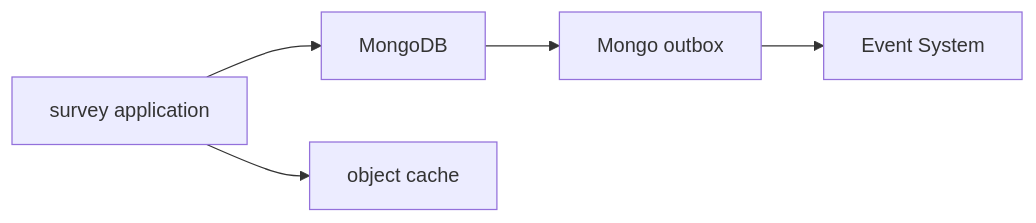
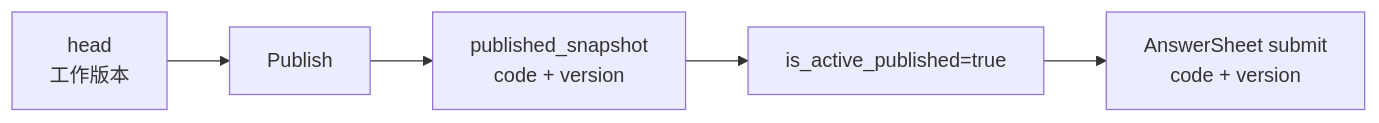
Before and after one commit to FangcunMount/qs-server: the second of 4 diagrams in docs/02-业务模块/survey/04-存储事件缓存边界.md, drawn with Mermaid. The commit also changed other lines of this file and 7 other files, not shown here.

````diff
--- a/docs/02-业务模块/survey/04-存储事件缓存边界.md
+++ b/docs/02-业务模块/survey/04-存储事件缓存边界.md
@@ -15,12 +112,7 @@
 ```mermaid
 flowchart LR
-    app["survey application"]
-    mongo["MongoDB"]
-    cache["object cache"]
-    outbox["Mongo outbox"]
-    event["Event System"]
-
-    app --> mongo
-    app --> cache
-    mongo --> outbox --> event
+    head["head<br/>工作版本"] --> publish["Publish"]
+    publish --> snapshot["published_snapshot<br/>code + version"]
+    snapshot --> active["is_active_published=true"]
+    active --> submit["AnswerSheet submit<br/>code + version"]
 ```
````
